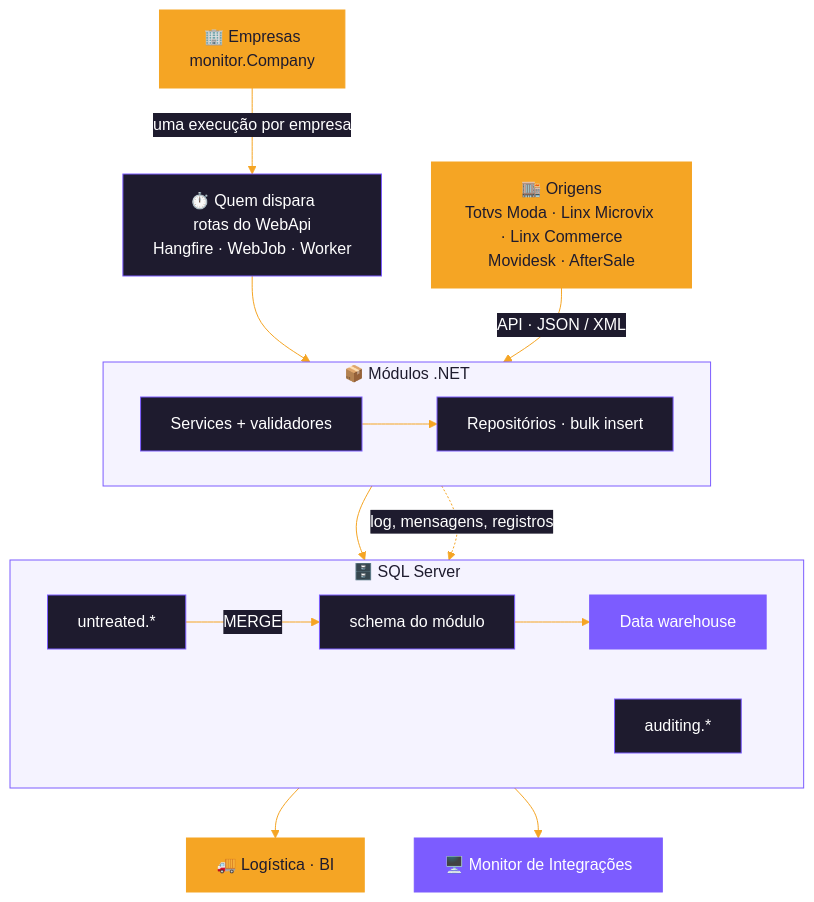
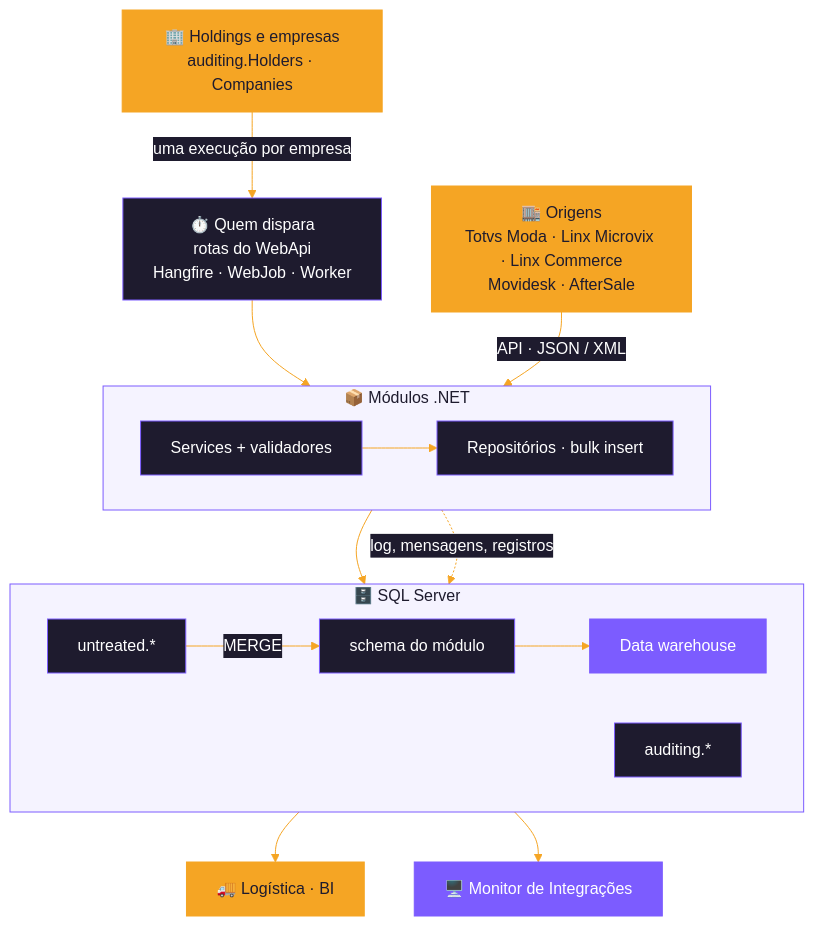
One commit to cayo-kume/extract-transform-load-integrations-system changed the first of 11 diagrams in README.md. Above: the diagram before and after it, drawn with Mermaid. The commit also changed other lines of this file and 121 other files, not shown here.

First line of the commit message:
WebApp: login em monitor.Users, cadastro de holdings, empresas e usuários e Aplicações com o catálogo

````diff
--- a/README.md
+++ b/README.md
@@ -51,37 +51,37 @@
 ```mermaid
 %%{init: {'theme':'base','themeVariables':{'primaryColor':'#1e1b2e','primaryTextColor':'#ffffff','primaryBorderColor':'#7c5cff','lineColor':'#f5a524','textColor':'#1e1b2e','clusterBkg':'#f5f3ff','clusterBorder':'#7c5cff','titleColor':'#1e1b2e','edgeLabelBackground':'#1e1b2e'}}}%%
 flowchart TB
     ORIGENS["🏬 Origens<br/>Totvs Moda · Linx Microvix · Linx Commerce<br/>Movidesk · AfterSale"]
     HOSTS["⏱️ Quem dispara<br/>rotas do WebApi<br/>Hangfire · WebJob · Worker"]
-    EMP["🏢 Empresas<br/>monitor.Company"]
+    EMP["🏢 Holdings e empresas<br/>auditing.Holders · Companies"]
 
     subgraph SISTEMA["📦 Módulos .NET"]
         direction LR
         SVC["Services + validadores"]
         REPO["Repositórios · bulk insert"]
     end
 
     subgraph BANCO["🗄️ SQL Server"]
         direction LR
         UNT["untreated.*"]
         FINAL["schema do módulo"]
         AUD["auditing.*"]
         DW["Data warehouse"]
     end
 
     PAINEL["🖥️ Monitor de Integrações"]
     SAIDA["🚚 Logística · BI"]
 
     EMP -- "uma execução por empresa" --> HOSTS
     HOSTS --> SVC
     ORIGENS -- "API · JSON / XML" --> SVC
     SVC --> REPO --> UNT -- "MERGE" --> FINAL
     SVC -. "log, mensagens, registros" .-> AUD
     FINAL --> DW --> SAIDA
     AUD --> PAINEL
 
     classDef accent fill:#7c5cff,stroke:#7c5cff,color:#ffffff
     classDef warm fill:#f5a524,stroke:#f5a524,color:#1e1b2e
     class PAINEL,DW accent
     class SAIDA,ORIGENS,EMP warm
 ```
````
